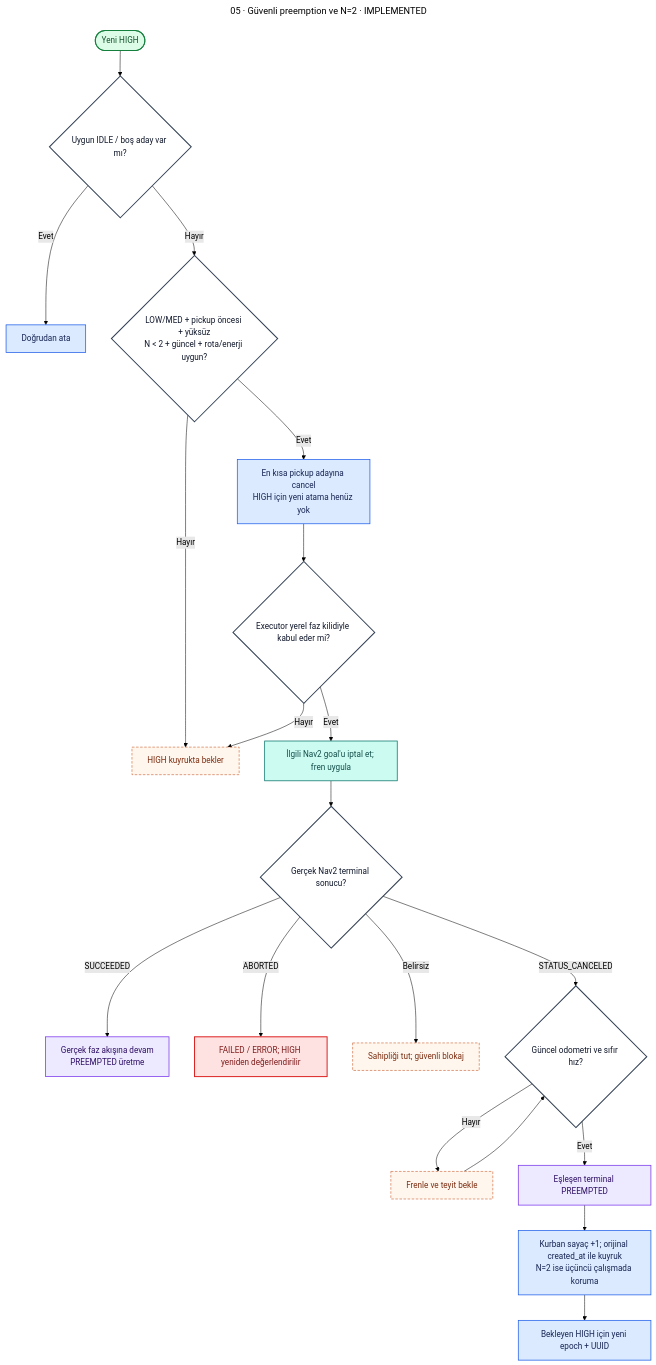
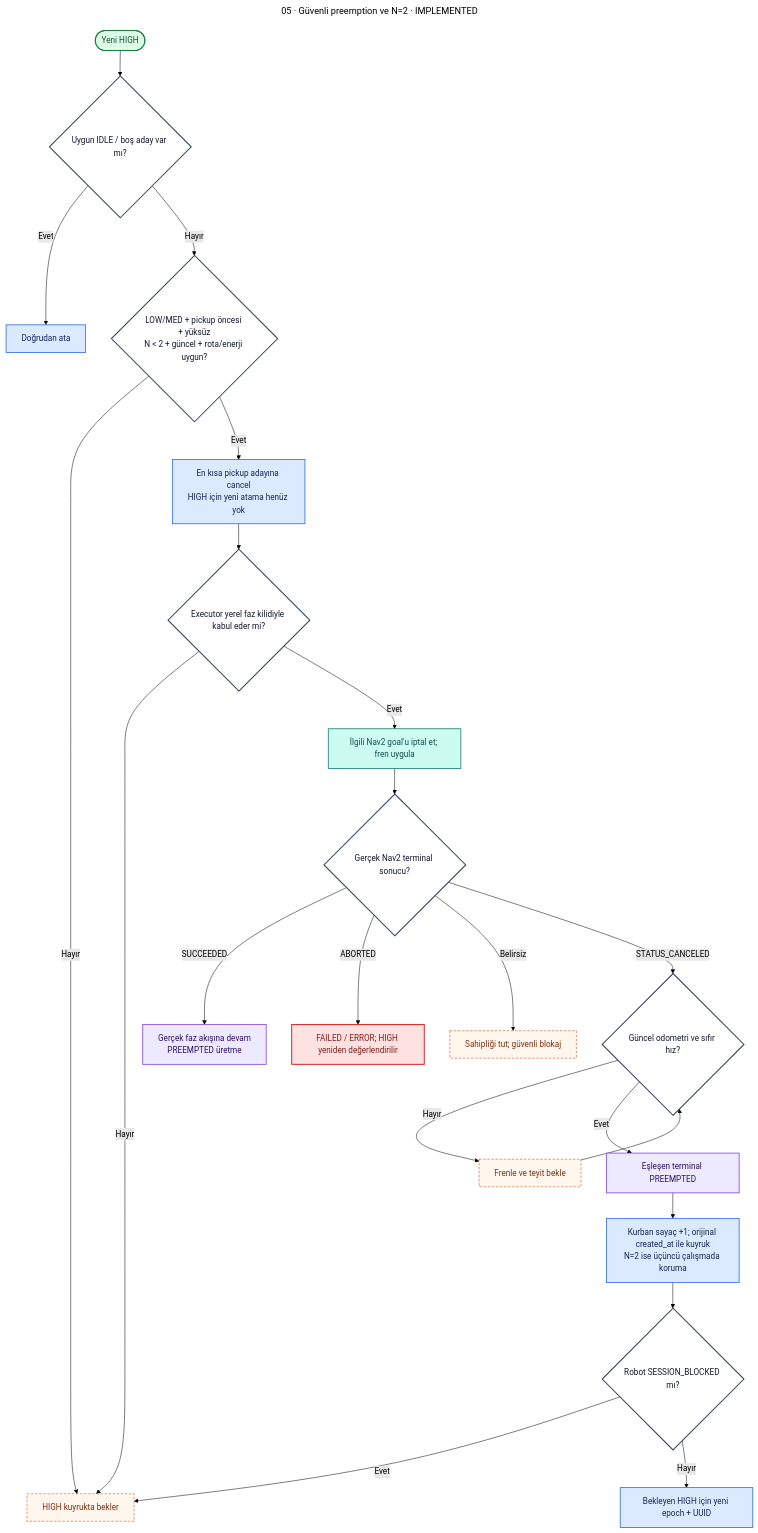
One commit to m-gnr/ros2-fleet-manager changed the fifth of 18 diagrams in docs/diagrams/README.md. Above: the diagram before and after it, drawn with Mermaid (forest theme). The commit also changed other lines of this file and 13 other files, not shown here.

````diff
--- a/docs/diagrams/README.md
+++ b/docs/diagrams/README.md
@@ -298,35 +298,37 @@
 ```mermaid
 ---
 title: "05 · Güvenli preemption ve N=2 · IMPLEMENTED"
 ---
 flowchart TD
  H(["Yeni HIGH"]):::terminal --> ID{"Uygun IDLE / boş aday var mı?"}:::decision
  ID -->|"Evet"| DIR["Doğrudan ata"]:::fm
  ID -->|"Hayır"| V{"LOW/MED + pickup öncesi + yüksüz<br/>N < 2 + güncel + rota/enerji uygun?"}:::decision
  V -->|"Hayır"| W["HIGH kuyrukta bekler"]:::wait
  V -->|"Evet"| C["En kısa pickup adayına cancel<br/>HIGH için yeni atama henüz yok"]:::fm
  C --> X{"Executor yerel faz kilidiyle kabul eder mi?"}:::decision
  X -->|"Hayır"| W
  X -->|"Evet"| NAV["İlgili Nav2 goal'u iptal et; fren uygula"]:::nav
  NAV --> T{"Gerçek Nav2 terminal sonucu?"}:::decision
  T -->|"SUCCEEDED"| N["Gerçek faz akışına devam<br/>PREEMPTED üretme"]:::executor
  T -->|"ABORTED"| E["FAILED / ERROR; HIGH yeniden değerlendirilir"]:::error
  T -->|"Belirsiz"| B["Sahipliği tut; güvenli blokaj"]:::wait
  T -->|"STATUS_CANCELED"| O{"Güncel odometri ve sıfır hız?"}:::decision
  O -->|"Hayır"| BRAKE["Frenle ve teyit bekle"]:::wait
  BRAKE --> O
  O -->|"Evet"| R["Eşleşen terminal PREEMPTED"]:::executor
  R --> Q["Kurban sayaç +1; orijinal created_at ile kuyruk<br/>N=2 ise üçüncü çalışmada koruma"]:::fm
- Q --> NEW["Bekleyen HIGH için yeni epoch + UUID"]:::fm
+ Q --> SES{"Robot SESSION_BLOCKED mı?"}:::decision
+ SES -->|"Evet"| W
+ SES -->|"Hayır"| NEW["Bekleyen HIGH için yeni epoch + UUID"]:::fm
 
  classDef fm fill:#dbeafe,stroke:#2563eb,color:#172554,stroke-width:1.5px;
  classDef executor fill:#ede9fe,stroke:#7c3aed,color:#2e1065,stroke-width:1.5px;
  classDef nav fill:#ccfbf1,stroke:#0f766e,color:#134e4a,stroke-width:1.5px;
  classDef battery fill:#fef3c7,stroke:#d97706,color:#78350f,stroke-width:1.5px;
  classDef db fill:#e2e8f0,stroke:#475569,color:#0f172a,stroke-width:1.5px;
  classDef ui fill:#fce7f3,stroke:#be185d,color:#831843,stroke-width:1.5px;
  classDef decision fill:#fff,stroke:#334155,color:#0f172a,stroke-width:2px;
  classDef error fill:#fee2e2,stroke:#dc2626,color:#7f1d1d,stroke-width:2px;
  classDef wait fill:#fff7ed,stroke:#c2410c,color:#7c2d12,stroke-dasharray:5 3;
  classDef terminal fill:#dcfce7,stroke:#15803d,color:#14532d,stroke-width:2px;
 ```
````
